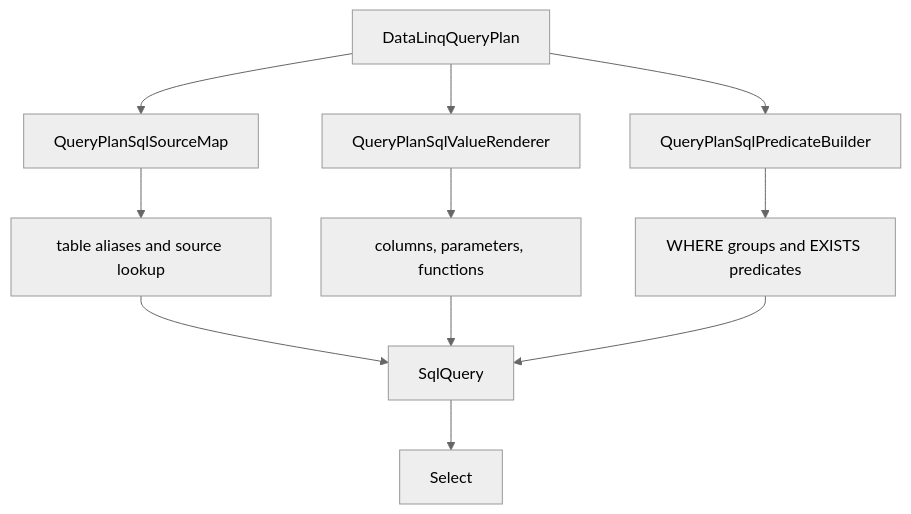
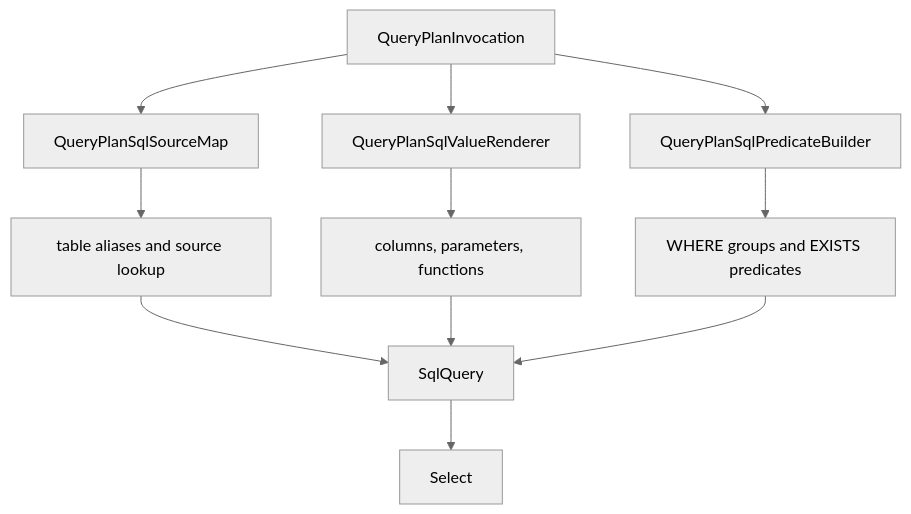
One commit to bazer/DataLinq changed the sixth of 7 diagrams in docs/internals/LINQ Parser Architecture.md. Above: the diagram before and after it, drawn with Mermaid (neutral theme). The commit also changed other lines of this file and 29 other files, not shown here.

````diff
--- a/docs/internals/LINQ Parser Architecture.md
+++ b/docs/internals/LINQ Parser Architecture.md
@@ -223,13 +237,13 @@
 ```mermaid
 flowchart TD
-    A["DataLinqQueryPlan"] --> B["QueryPlanSqlSourceMap"]
+    A["QueryPlanInvocation"] --> B["QueryPlanSqlSourceMap"]
     A --> C["QueryPlanSqlValueRenderer"]
     A --> D["QueryPlanSqlPredicateBuilder"]
     B --> E["table aliases and source lookup"]
     C --> F["columns, parameters, functions"]
     D --> G["WHERE groups and EXISTS predicates"]
     E --> H["SqlQuery<T>"]
     F --> H
     G --> H
     H --> I["Select<T>"]
 ```
````
